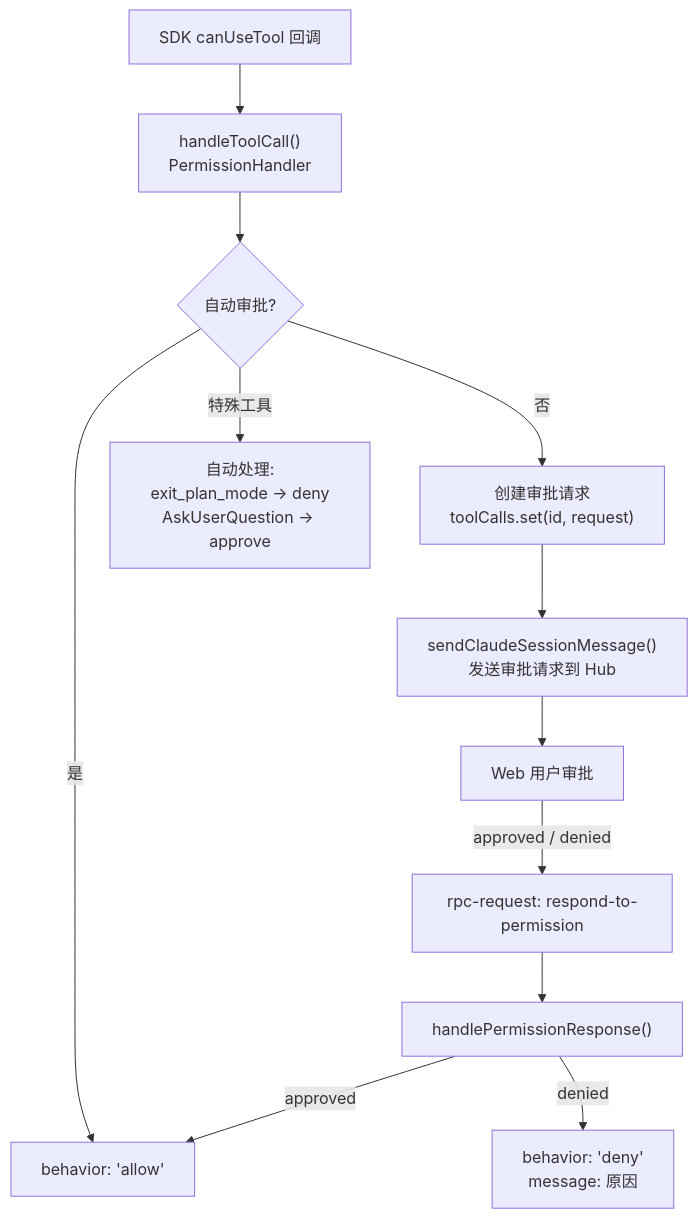
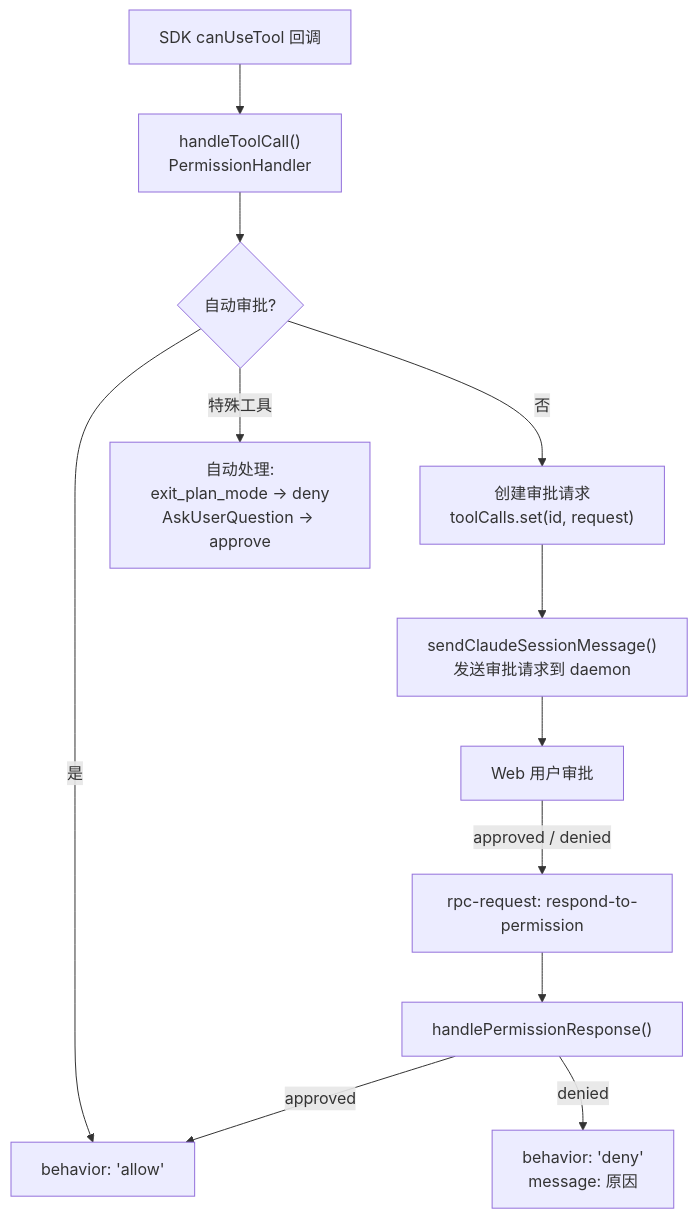
One commit to ModuBit/mobi changed the sixth of 8 diagrams in docs/architecture/cli/commands/claude/remote-mode.md. Above: the diagram before and after it, drawn with Mermaid. The commit also changed other lines of this file and 86 other files, not shown here.

````diff
--- a/docs/architecture/cli/commands/claude/remote-mode.md
+++ b/docs/architecture/cli/commands/claude/remote-mode.md
@@ -292,17 +292,17 @@
 ```mermaid
 flowchart TB
     SDK["SDK canUseTool 回调"] --> Handler["handleToolCall()<br/>PermissionHandler"]
 
     Handler --> Auto{"自动审批?"}
     Auto -->|是| Allow["behavior: 'allow'"]
     Auto -->|否| Request["创建审批请求<br/>toolCalls.set(id, request)"]
 
-    Request --> Hub["sendClaudeSessionMessage()<br/>发送审批请求到 Hub"]
-    Hub --> WebUser["Web 用户审批"]
+    Request --> daemon["sendClaudeSessionMessage()<br/>发送审批请求到 daemon"]
+    daemon --> WebUser["Web 用户审批"]
     WebUser -->|"approved / denied"| RPC["rpc-request: respond-to-permission"]
     RPC --> Respond["handlePermissionResponse()"]
     Respond -->|"approved"| Allow
     Respond -->|"denied"| Deny["behavior: 'deny'<br/>message: 原因"]
 
     Auto -->|"特殊工具"| Special["自动处理:<br/>exit_plan_mode → deny<br/>AskUserQuestion → approve"]
 ```
````
